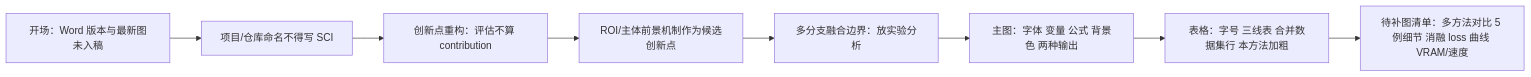
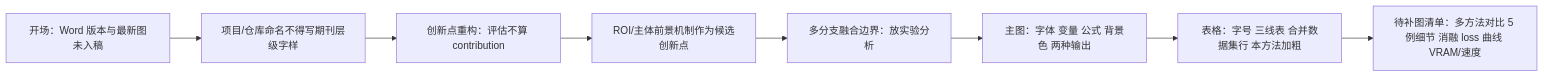
The diagram in docs/lesson_notes_20260912/20260912_课堂逐字稿_腾讯会议自动转写.md (USEU117/reference-matching-interaction-ad), drawn with Mermaid before and after one commit. The commit also changed other lines of this file and 73 other files, not shown here.

````diff
--- a/docs/lesson_notes_20260912/20260912_课堂逐字稿_腾讯会议自动转写.md
+++ b/docs/lesson_notes_20260912/20260912_课堂逐字稿_腾讯会议自动转写.md
@@ -16,10 +16,10 @@
 ```mermaid
 flowchart LR
-  A[开场：Word 版本与最新图未入稿] --> B[项目/仓库命名不得写 SCI]
+  A[开场：Word 版本与最新图未入稿] --> B[项目/仓库命名不得写期刊层级字样]
   B --> C[创新点重构：评估不算 contribution]
   C --> D[ROI/主体前景机制作为候选创新点]
   D --> E[多分支融合边界：放实验分析]
   E --> F[主图：字体 变量 公式 背景色 两种输出]
   F --> G[表格：字号 三线表 合并数据集行 本方法加粗]
   G --> H[待补图清单：多方法对比 5 例细节 消融 loss 曲线 VRAM/速度]
 ```
````
